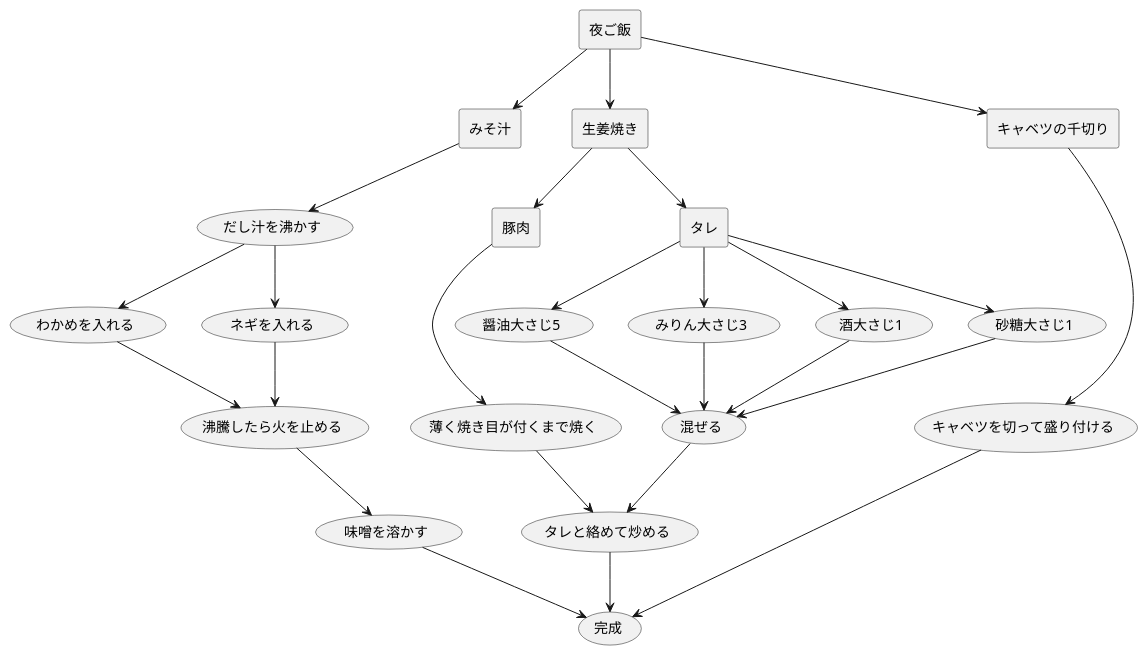
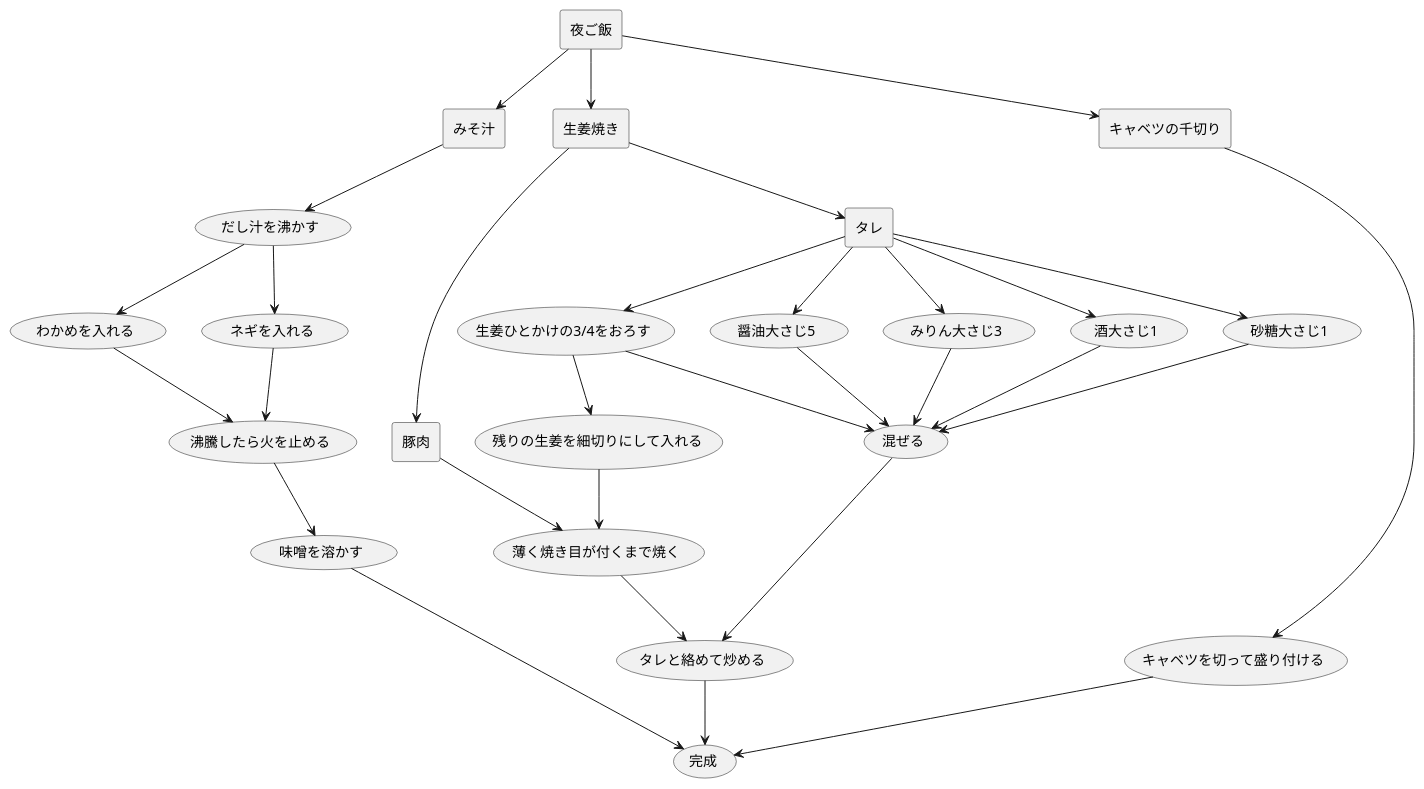
Before and after one commit to ddddddO/gdag: the diagram in _example/dinner/dag.pu, drawn with PlantUML. The commit also changed other lines of this file and 3 other files, not shown here.

```diff
--- a/_example/dinner/dag.pu
+++ b/_example/dinner/dag.pu
@@ -1,50 +1,56 @@
 @startuml
 rectangle "夜ご飯" as 1
 rectangle "みそ汁" as 2
 usecase "だし汁を沸かす" as 3
 usecase "わかめを入れる" as 4
 usecase "沸騰したら火を止める" as 6
 usecase "味噌を溶かす" as 7
-usecase "完成" as 20
+usecase "完成" as 22
 usecase "ネギを入れる" as 5
 rectangle "生姜焼き" as 8
-rectangle "豚肉" as 15
-usecase "薄く焼き目が付くまで焼く" as 16
-usecase "タレと絡めて炒める" as 17
+rectangle "豚肉" as 17
+usecase "薄く焼き目が付くまで焼く" as 18
+usecase "タレと絡めて炒める" as 19
 rectangle "タレ" as 9
-usecase "醤油大さじ5" as 10
-usecase "混ぜる" as 14
-usecase "みりん大さじ3" as 11
-usecase "酒大さじ1" as 12
-usecase "砂糖大さじ1" as 13
-rectangle "キャベツの千切り" as 18
-usecase "キャベツを切って盛り付ける" as 19
+usecase "生姜ひとかけの3/4をおろす" as 10
+usecase "残りの生姜を細切りにして入れる" as 11
+usecase "混ぜる" as 16
+usecase "醤油大さじ5" as 12
+usecase "みりん大さじ3" as 13
+usecase "酒大さじ1" as 14
+usecase "砂糖大さじ1" as 15
+rectangle "キャベツの千切り" as 20
+usecase "キャベツを切って盛り付ける" as 21
 
 1 --> 2
 2 --> 3
 3 --> 4
 4 --> 6
 6 --> 7
-7 --> 20
+7 --> 22
 3 --> 5
 5 --> 6
 1 --> 8
-8 --> 15
-15 --> 16
-16 --> 17
-17 --> 20
+8 --> 17
+17 --> 18
+18 --> 19
+19 --> 22
 8 --> 9
 9 --> 10
-10 --> 14
-14 --> 17
-9 --> 11
-11 --> 14
+10 --> 11
+11 --> 18
+10 --> 16
+16 --> 19
 9 --> 12
-12 --> 14
+12 --> 16
 9 --> 13
-13 --> 14
-1 --> 18
-18 --> 19
-19 --> 20
+13 --> 16
+9 --> 14
+14 --> 16
+9 --> 15
+15 --> 16
+1 --> 20
+20 --> 21
+21 --> 22
 
 @enduml
```
